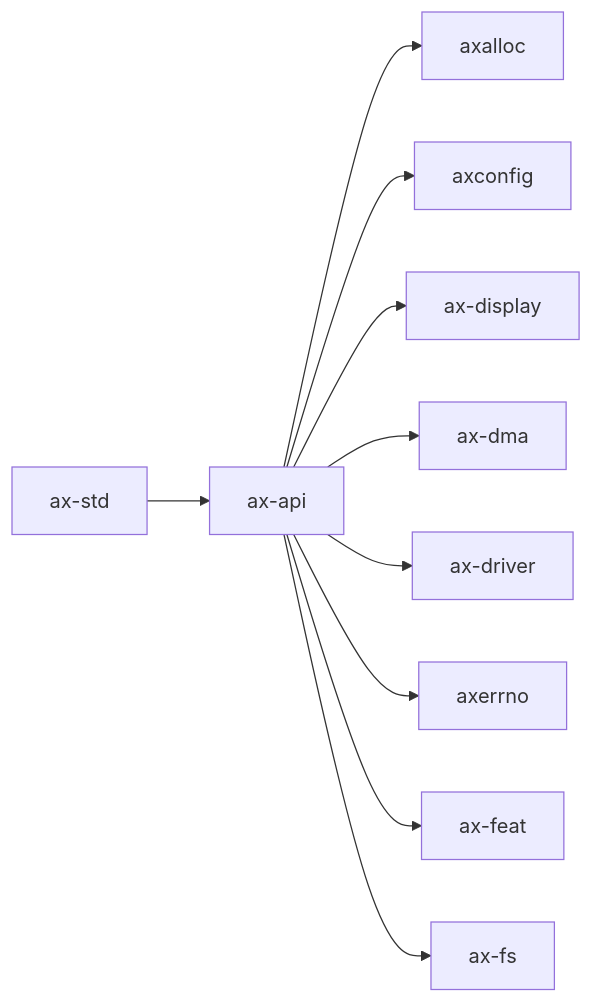
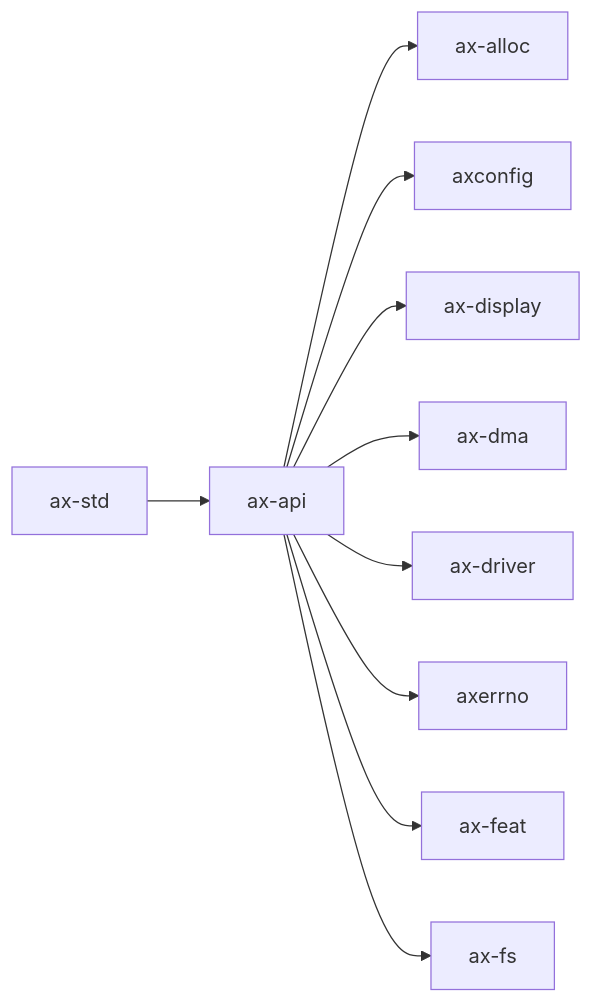
One commit to zKurisu/tgoskits changed the diagram in docs/crates/ax-api.md. Above: the diagram before and after it, drawn with Mermaid. The commit also changed other lines of this file and 75 other files, not shown here.

Commit message:
rename axalloc to ax-alloc

````diff
--- a/docs/crates/ax-api.md
+++ b/docs/crates/ax-api.md
@@ -32,13 +32,13 @@
 ```mermaid
 graph LR
     current["ax-api"]
-    current --> axalloc["axalloc"]
+    current --> ax-alloc["ax-alloc"]
     current --> axconfig["axconfig"]
     current --> ax-display["ax-display"]
     current --> ax_dma["ax-dma"]
     current --> ax-driver["ax-driver"]
     current --> axerrno["axerrno"]
     current --> ax-feat["ax-feat"]
     current --> ax-fs["ax-fs"]
     ax_std["ax-std"] --> current
 ```
````
